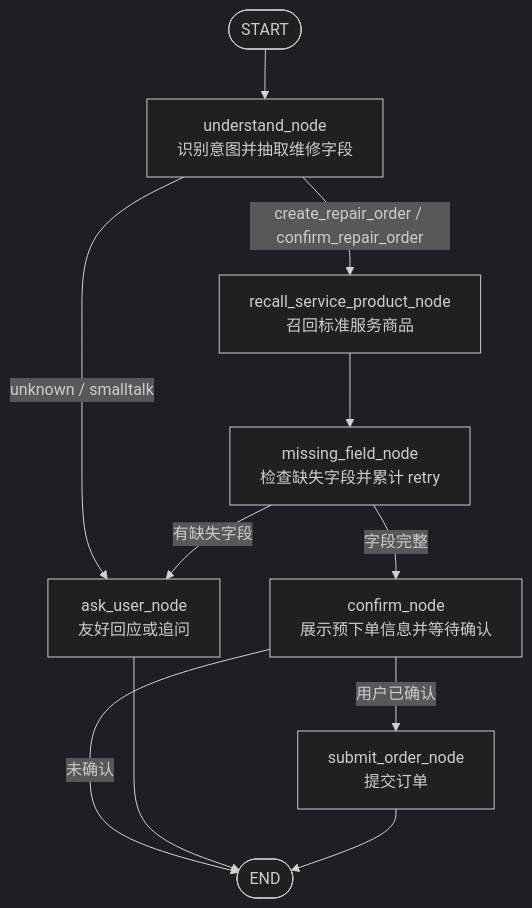
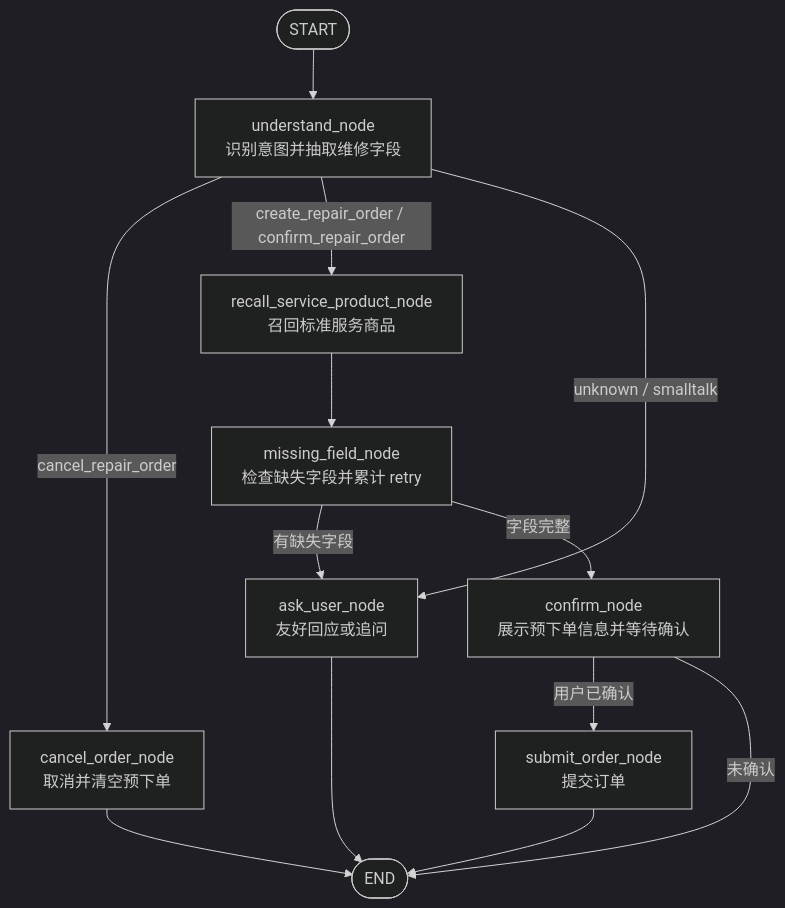
One commit to chengzongxin/hotel-ai-order changed the diagram in docs/workflow.md. Above: the diagram before and after it, drawn with Mermaid (dark theme). The commit also changed 2 other files, not shown here.

Commit message:
fix repair order cancellation flow

````diff
--- a/docs/workflow.md
+++ b/docs/workflow.md
@@ -3,18 +3,20 @@
 ```mermaid
 flowchart TD
     START([START]) --> understand_node[understand_node<br/>识别意图并抽取维修字段]
 
+    understand_node -->|cancel_repair_order| cancel_order_node[cancel_order_node<br/>取消并清空预下单]
     understand_node -->|create_repair_order / confirm_repair_order| recall_service_product_node[recall_service_product_node<br/>召回标准服务商品]
     understand_node -->|unknown / smalltalk| ask_user_node[ask_user_node<br/>友好回应或追问]
 
     recall_service_product_node --> missing_field_node[missing_field_node<br/>检查缺失字段并累计 retry]
 
     missing_field_node -->|有缺失字段| ask_user_node
     missing_field_node -->|字段完整| confirm_node[confirm_node<br/>展示预下单信息并等待确认]
 
     confirm_node -->|用户已确认| submit_order_node[submit_order_node<br/>提交订单]
     confirm_node -->|未确认| END([END])
 
     ask_user_node --> END
+    cancel_order_node --> END
     submit_order_node --> END
 ```
````
